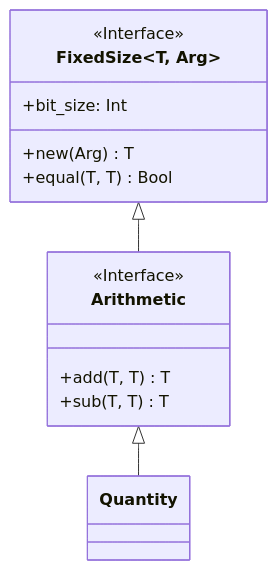
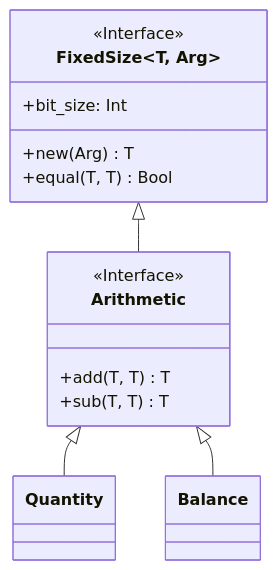
One commit to anoma/nspec changed the diagram in docs/arch/system/state/resource_machine/primitive_interfaces/fixed_size_type/arithmetic.md. Above: the diagram before and after it, drawn with Mermaid. The commit also changed 14 other files, not shown here.

````diff
--- a/docs/arch/system/state/resource_machine/primitive_interfaces/fixed_size_type/arithmetic.md
+++ b/docs/arch/system/state/resource_machine/primitive_interfaces/fixed_size_type/arithmetic.md
@@ -5,21 +5,22 @@
 ``` mermaid
 
 classDiagram
     class FixedSize~T, Arg~ {
          <<Interface>>
          +bit_size: Int
          +new(Arg) T
          +equal(T, T) Bool
     }
 
     FixedSize <|-- Arithmetic
 
     class Arithmetic~T, Arg~ {
         <<Interface>>
         +add(T, T) T
         +sub(T, T) T
     }
 
     Arithmetic <|-- Quantity
+    Arithmetic <|-- Balance
 
 ```
````
